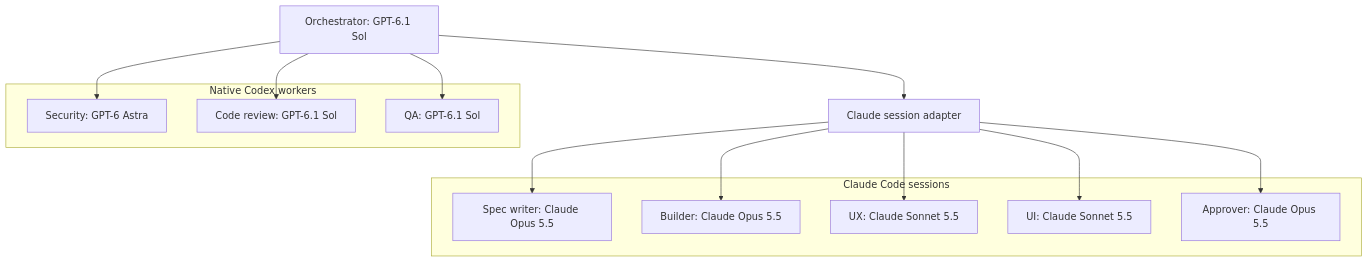
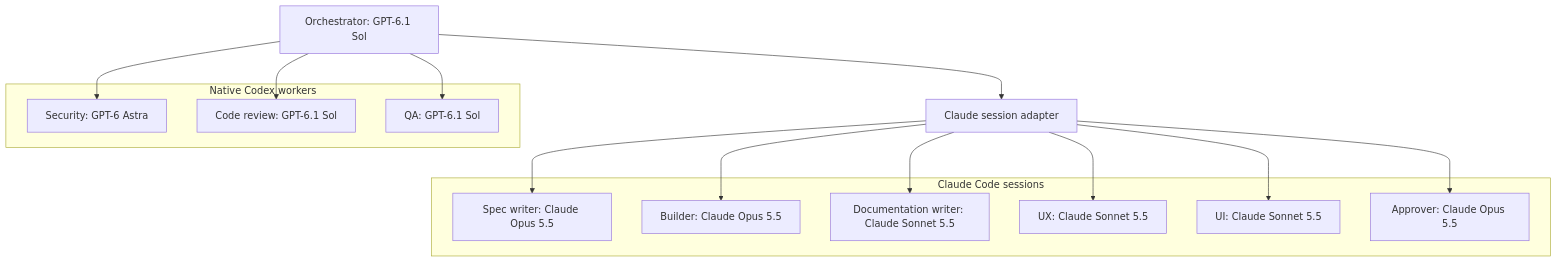
One commit to faiqfarooq/software-factory changed the third of 4 diagrams in software-factory/README.md. Above: the diagram before and after it, drawn with Mermaid. The commit also changed other lines of this file and 13 other files, not shown here.

````diff
--- a/software-factory/README.md
+++ b/software-factory/README.md
@@ -113,28 +151,30 @@
 ```mermaid
 flowchart TD
     Orchestrator["Orchestrator: GPT-6.1 Sol"]
 
     subgraph CodexWorkers["Native Codex workers"]
         Security["Security: GPT-6 Astra"]
         Code["Code review: GPT-6.1 Sol"]
         QA["QA: GPT-6.1 Sol"]
     end
 
     subgraph ClaudeWorkers["Claude Code sessions"]
         Spec["Spec writer: Claude Opus 5.5"]
         Builder["Builder: Claude Opus 5.5"]
+        Docs["Documentation writer: Claude Sonnet 5.5"]
         UX["UX: Claude Sonnet 5.5"]
         UI["UI: Claude Sonnet 5.5"]
         Approver["Approver: Claude Opus 5.5"]
     end
 
     Orchestrator --> Security
     Orchestrator --> Code
     Orchestrator --> QA
     Orchestrator --> Adapter["Claude session adapter"]
     Adapter --> Spec
     Adapter --> Builder
+    Adapter --> Docs
     Adapter --> UX
     Adapter --> UI
     Adapter --> Approver
 ```
````
